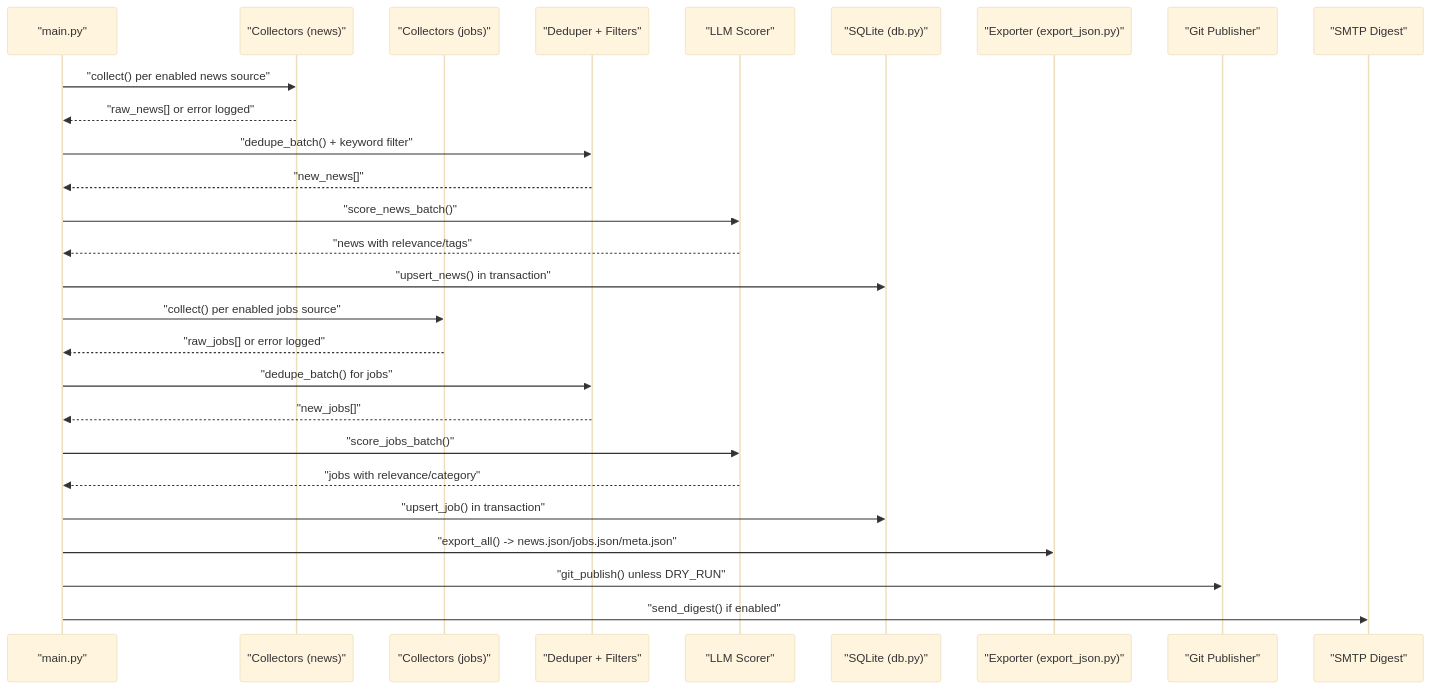
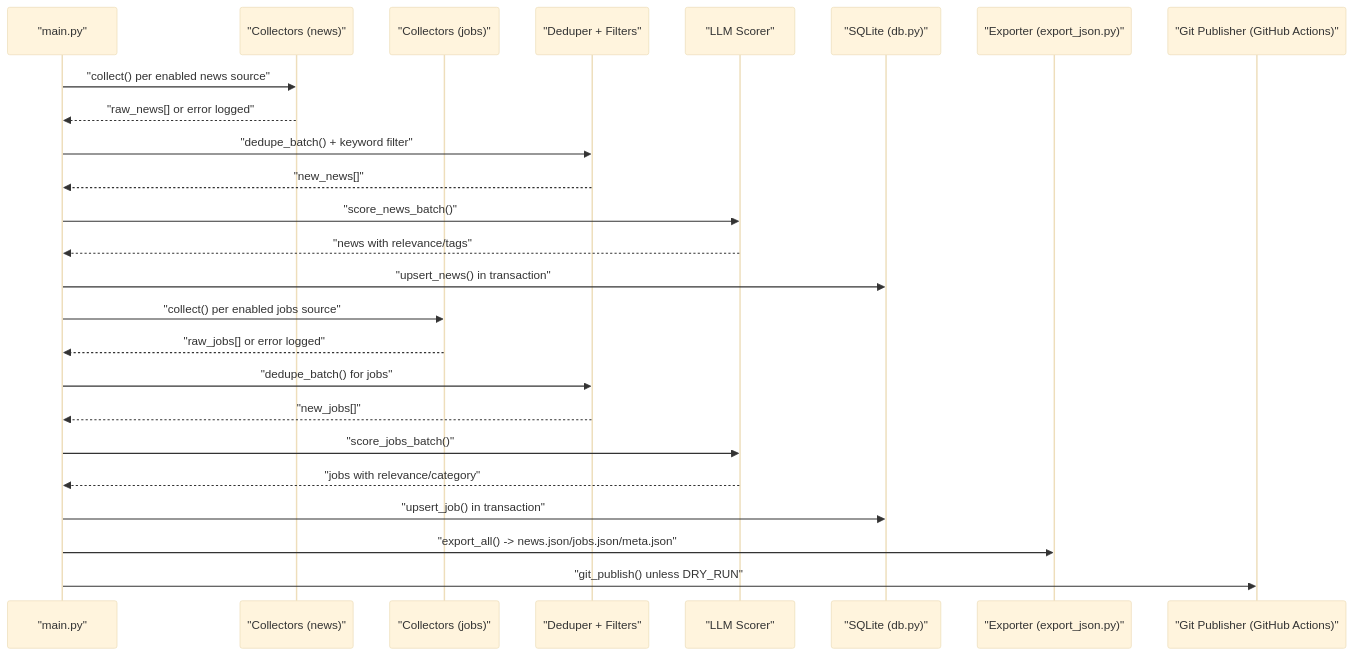
One commit to shakthi-vinayak/news changed the second of 8 diagrams in .qoder/repowiki/en/content/Troubleshooting and FAQ.md. Above: the diagram before and after it, drawn with Mermaid (base theme). The commit also changed other lines of this file and 32 other files, not shown here.

````diff
--- a/.qoder/repowiki/en/content/Troubleshooting and FAQ.md
+++ b/.qoder/repowiki/en/content/Troubleshooting and FAQ.md
@@ -98,29 +105,27 @@
 ```mermaid
 sequenceDiagram
 participant W as "main.py"
 participant CN as "Collectors (news)"
 participant CJ as "Collectors (jobs)"
 participant DD as "Deduper + Filters"
 participant LLM as "LLM Scorer"
 participant DB as "SQLite (db.py)"
 participant EX as "Exporter (export_json.py)"
-participant GIT as "Git Publisher"
-participant SMTP as "SMTP Digest"
+participant GIT as "Git Publisher (GitHub Actions)"
 W->>CN : "collect() per enabled news source"
 CN-->>W : "raw_news[] or error logged"
 W->>DD : "dedupe_batch() + keyword filter"
 DD-->>W : "new_news[]"
 W->>LLM : "score_news_batch()"
 LLM-->>W : "news with relevance/tags"
 W->>DB : "upsert_news() in transaction"
 W->>CJ : "collect() per enabled jobs source"
 CJ-->>W : "raw_jobs[] or error logged"
 W->>DD : "dedupe_batch() for jobs"
 DD-->>W : "new_jobs[]"
 W->>LLM : "score_jobs_batch()"
 LLM-->>W : "jobs with relevance/category"
 W->>DB : "upsert_job() in transaction"
 W->>EX : "export_all() -> news.json/jobs.json/meta.json"
 W->>GIT : "git_publish() unless DRY_RUN"
-W->>SMTP : "send_digest() if enabled"
 ```
````
